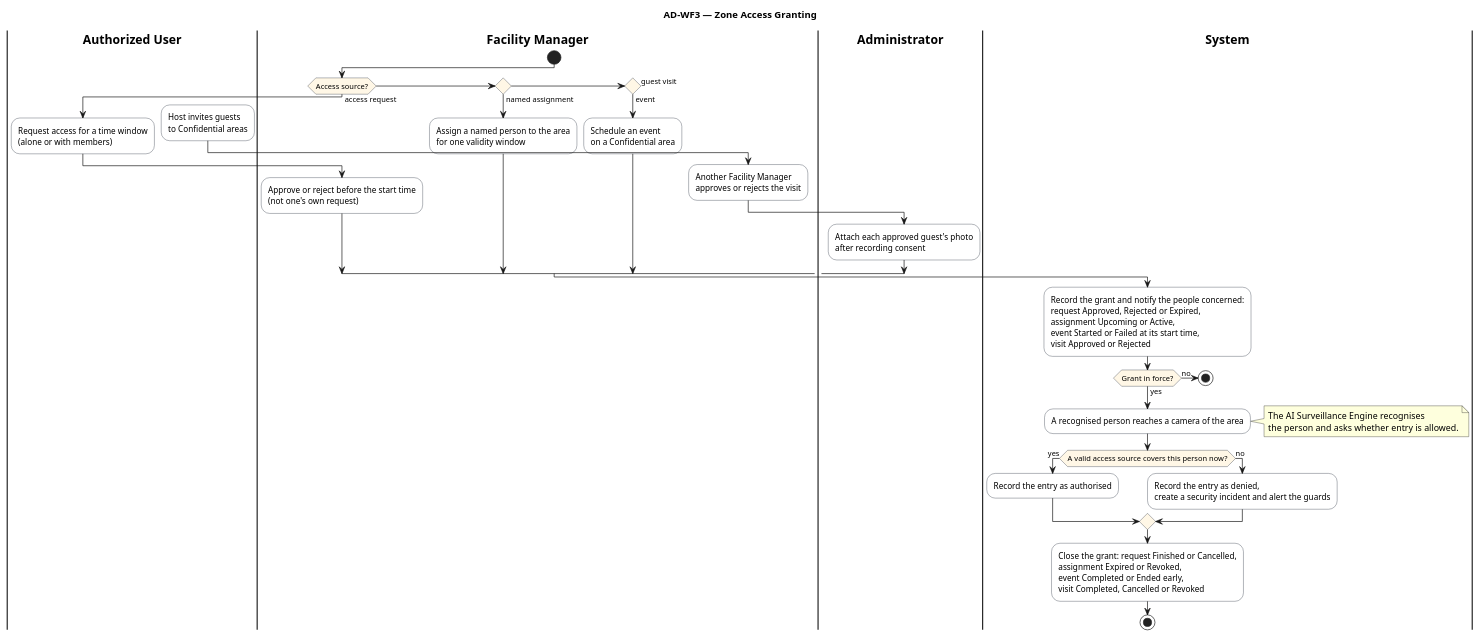
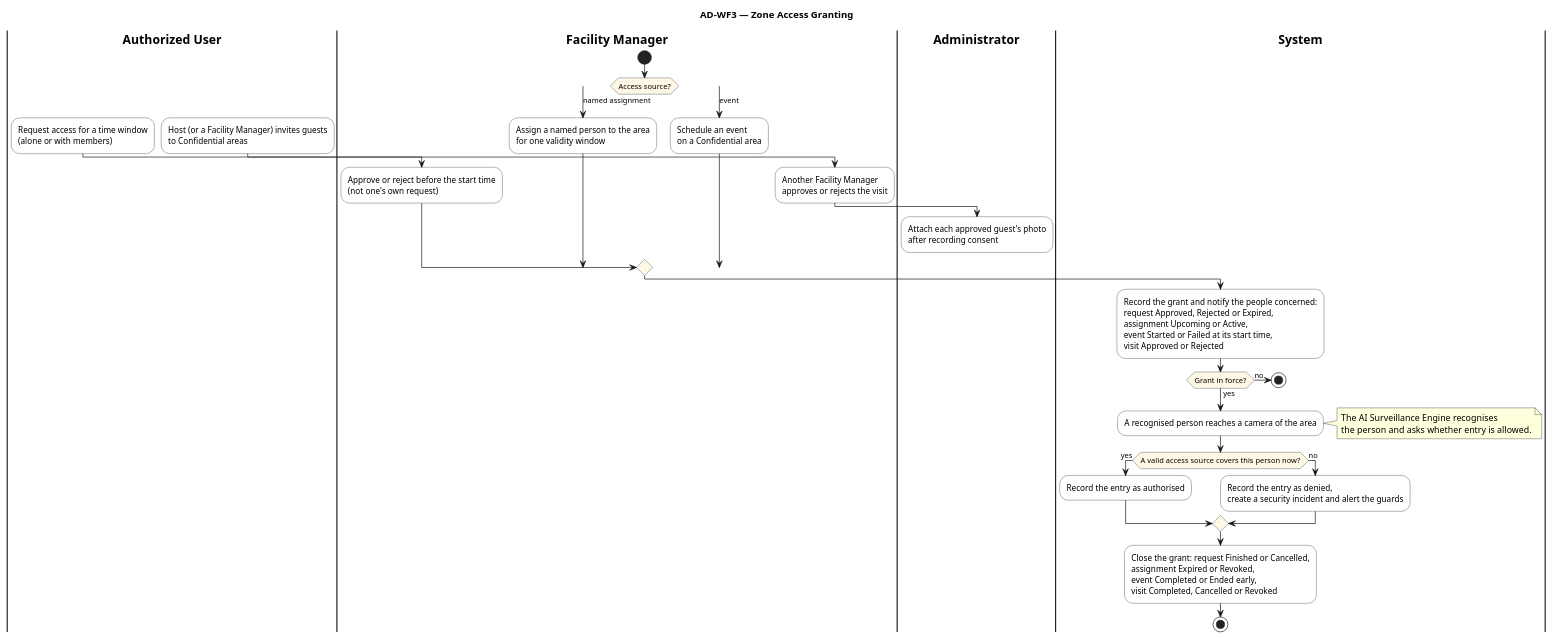
One commit to AnhHao2505/AI-Based-Intelligent-Campus-Security-Surveillance-System changed the diagram in docs/diagrams/activity-wf3-zone-access-granting.puml. Above: the diagram before and after it, drawn with PlantUML. The commit also changed 2 other files, not shown here.

Commit message:
docs(diagrams): label WF-3 decision branches, add user account state machine
- AD-WF3: replace the two empty elseif() diamonds with one switch on the
  access source; the guest branch names the Facility Manager as possible host
- SM-06: user account lifecycle (active, deactivated, soft-deleted, batch
  restore), traced to UserService, UserBulkImportHelper and AuthService
- README: SM-01 to SM-05 re-checked against main @ e474968, SM-06 indexed

```diff
--- a/docs/diagrams/activity-wf3-zone-access-granting.puml
+++ b/docs/diagrams/activity-wf3-zone-access-granting.puml
@@ -1,71 +1,72 @@
 @startuml activity-wf3-zone-access-granting
 ' Title: AD-WF3 Zone Access Granting (WF-3, owner Nguyen Anh Hao)
-' Source (main @ 45076c9): service/AccessRequestService.java (create; review only before the start time and not by the requester;
+' Source (verified against main @ e474968, 29/10/2026): service/AccessRequestService.java (create; review only before the start time and not by the requester;
 '   expire, finish, cancel), service/AreaAssignedPersonnelService.java, service/AreaService.java + scheduler/AreaEventModeScheduler.java
 '   (event start or FAILED), service/GuestVisitService.java (host cannot review own visit), service/GuestPhotoService.java,
 '   service/AccessDecisionService.java (checkCameraEntry), ai-service (check-entry call, alert)
 ' Business level only. Detailed flows: activity-access-request.mmd, activity-event-schedule.mmd, activity-guest-visit.mmd.
 skinparam defaultFontName Arial
 skinparam shadowing false
 skinparam ActivityBackgroundColor #FFFFFF
 skinparam ActivityBorderColor #1F2937
 skinparam ActivityDiamondBackgroundColor #FFF7E6
 skinparam SwimlaneTitleFontStyle bold
 title AD-WF3 — Zone Access Granting
 
 |Authorized User|
 |Facility Manager|
 |Administrator|
 |System|
 |Facility Manager|
 start
-if (Access source?) then (access request)
+switch (Access source?)
+case (access request)
   |Authorized User|
   :Request access for a time window
   (alone or with members);
   |Facility Manager|
   :Approve or reject before the start time
   (not one's own request);
-elseif () then (named assignment)
+case (named assignment)
   |Facility Manager|
   :Assign a named person to the area
   for one validity window;
-elseif () then (event)
+case (event)
   |Facility Manager|
   :Schedule an event
   on a Confidential area;
-else (guest visit)
+case (guest visit)
   |Authorized User|
-  :Host invites guests
+  :Host (or a Facility Manager) invites guests
   to Confidential areas;
   |Facility Manager|
   :Another Facility Manager
   approves or rejects the visit;
   |Administrator|
   :Attach each approved guest's photo
   after recording consent;
-endif
+endswitch
 |System|
 :Record the grant and notify the people concerned:
 request Approved, Rejected or Expired,
 assignment Upcoming or Active,
 event Started or Failed at its start time,
 visit Approved or Rejected;
 if (Grant in force?) then (no)
   stop
 else (yes)
 endif
 :A recognised person reaches a camera of the area;
 note right: The AI Surveillance Engine recognises\nthe person and asks whether entry is allowed.
 if (A valid access source covers this person now?) then (yes)
   :Record the entry as authorised;
 else (no)
   :Record the entry as denied,
   create a security incident and alert the guards;
 endif
 :Close the grant: request Finished or Cancelled,
 assignment Expired or Revoked,
 event Completed or Ended early,
 visit Completed, Cancelled or Revoked;
 stop
 @enduml
```
